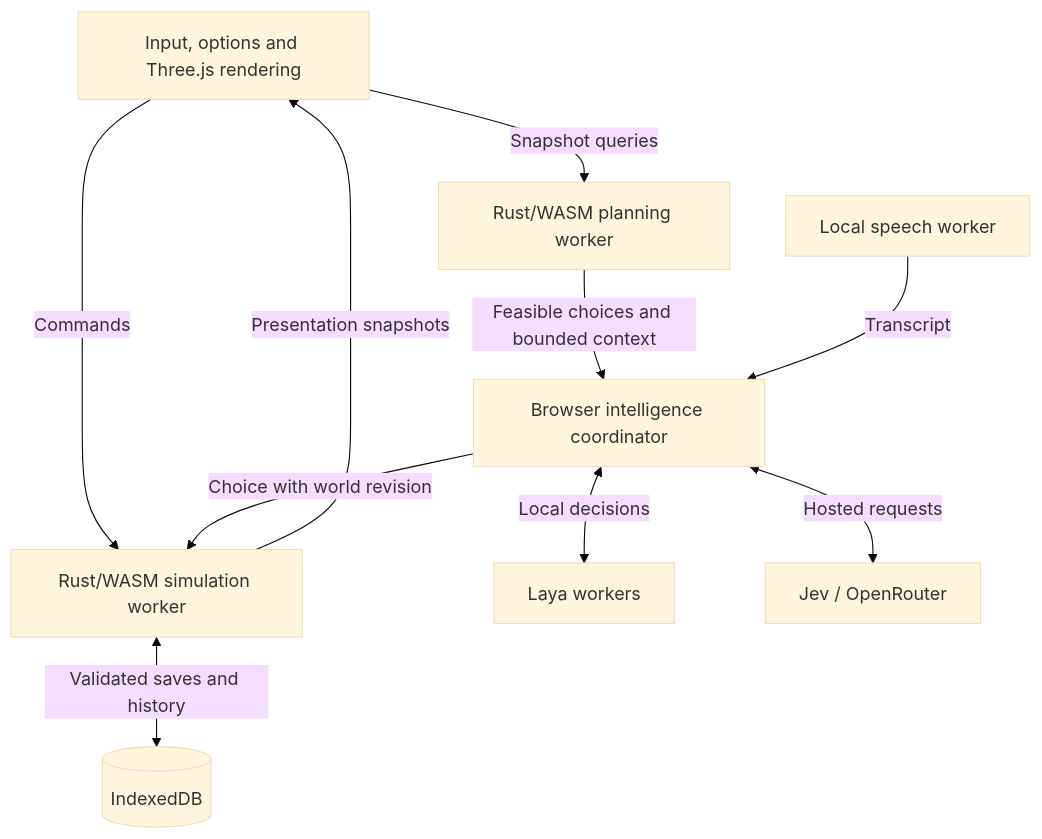
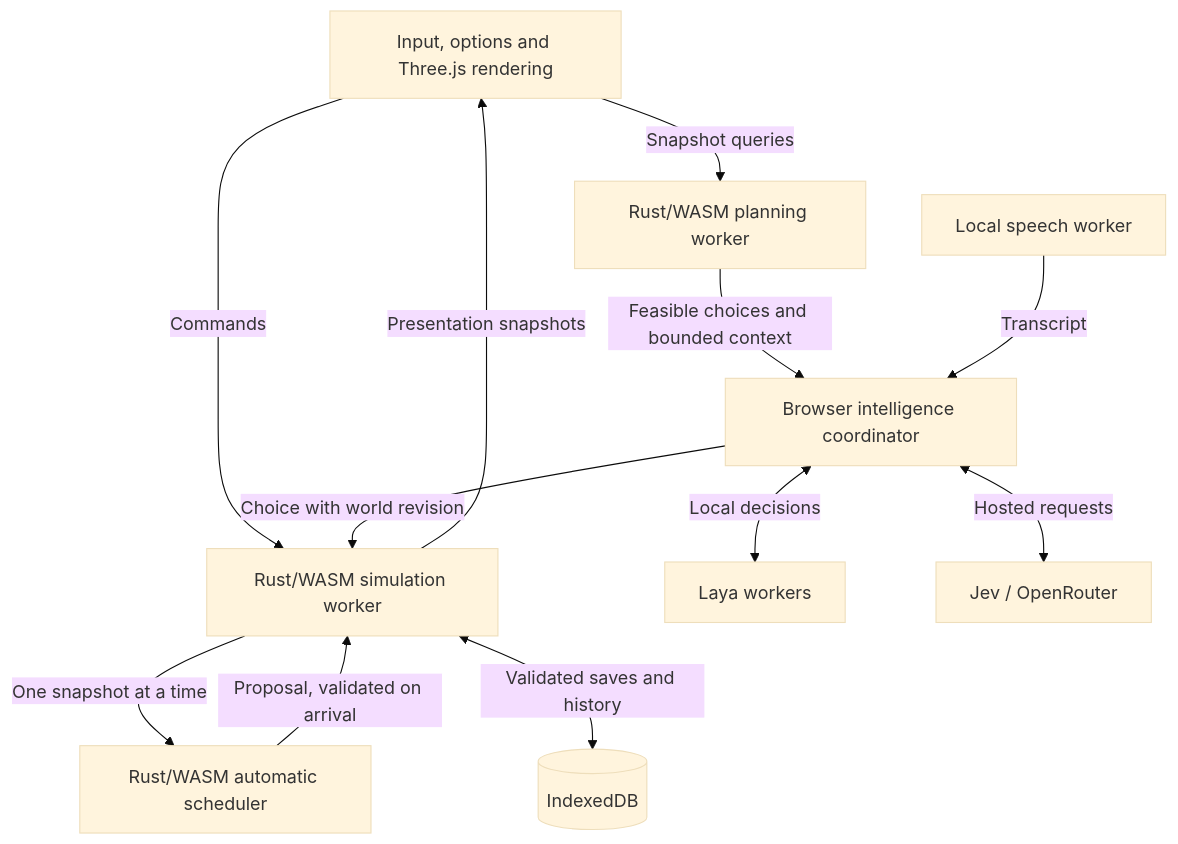
Before and after one commit to appunni-m/tripelkins: the diagram in docs/ARCHITECTURE.md, drawn with Mermaid (base theme). The commit also changed other lines of this file and 10 other files, not shown here.

````diff
--- a/docs/ARCHITECTURE.md
+++ b/docs/ARCHITECTURE.md
@@ -15,12 +26,14 @@
 ```mermaid
 flowchart TD
     UI[Input, options and Three.js rendering] -->|Commands| SIM[Rust/WASM simulation worker]
     SIM -->|Presentation snapshots| UI
+    SIM -->|One snapshot at a time| SCHEDULE[Rust/WASM automatic scheduler]
+    SCHEDULE -->|Proposal, validated on arrival| SIM
     SIM <-->|Validated saves and history| DB[(IndexedDB)]
     UI -->|Snapshot queries| PLAN[Rust/WASM planning worker]
     PLAN -->|Feasible choices and bounded context| BRAIN[Browser intelligence coordinator]
     BRAIN <-->|Local decisions| LAYA[Laya workers]
     BRAIN <-->|Hosted requests| HOST[Jev / OpenRouter]
     BRAIN -->|Choice with world revision| SIM
     MIC[Local speech worker] -->|Transcript| BRAIN
 ```
````
